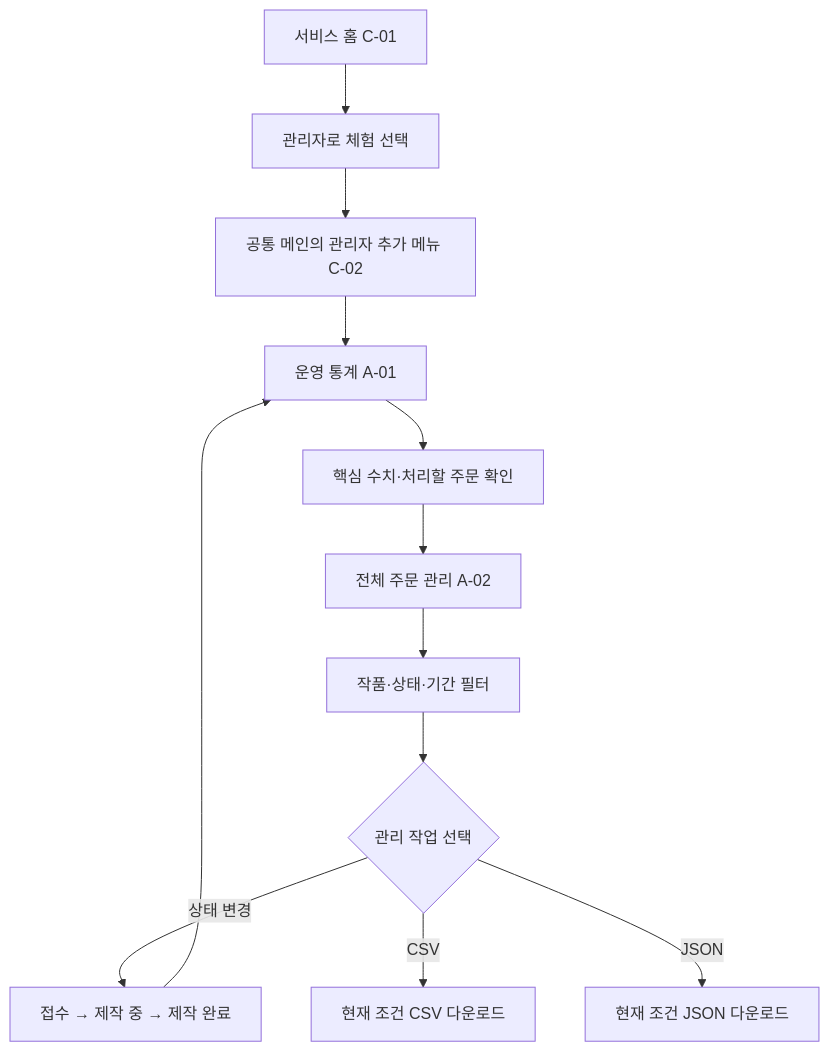
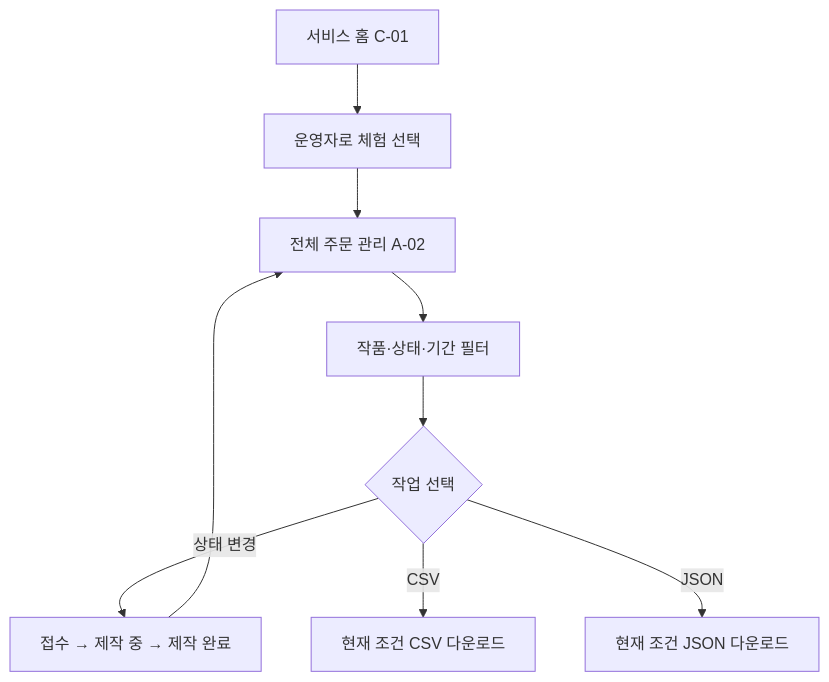
The third of 3 diagrams in docs/05_화면_정의서.md (021Skyfall/novelkeep), drawn with Mermaid before and after one commit. The commit also changed other lines of this file and 34 other files, not shown here.

````diff
--- a/docs/05_화면_정의서.md
+++ b/docs/05_화면_정의서.md
@@ -424,14 +426,11 @@
 ```mermaid
 flowchart TD
-    A["서비스 홈 C-01"] --> B["관리자로 체험 선택"]
-    B --> B1["공통 메인의 관리자 추가 메뉴 C-02"]
-    B1 --> C["운영 통계 A-01"]
-    C --> D["핵심 수치·처리할 주문 확인"]
-    D --> E["전체 주문 관리 A-02"]
-    E --> F["작품·상태·기간 필터"]
-    F --> G{"관리 작업 선택"}
-    G -->|상태 변경| H["접수 → 제작 중 → 제작 완료"]
-    G -->|CSV| I["현재 조건 CSV 다운로드"]
-    G -->|JSON| J["현재 조건 JSON 다운로드"]
-    H --> C
+    A["서비스 홈 C-01"] --> B["운영자로 체험 선택"]
+    B --> C["전체 주문 관리 A-02"]
+    C --> D["작품·상태·기간 필터"]
+    D --> E{"작업 선택"}
+    E -->|상태 변경| F["접수 → 제작 중 → 제작 완료"]
+    E -->|CSV| G["현재 조건 CSV 다운로드"]
+    E -->|JSON| H["현재 조건 JSON 다운로드"]
+    F --> C
 ```
````
